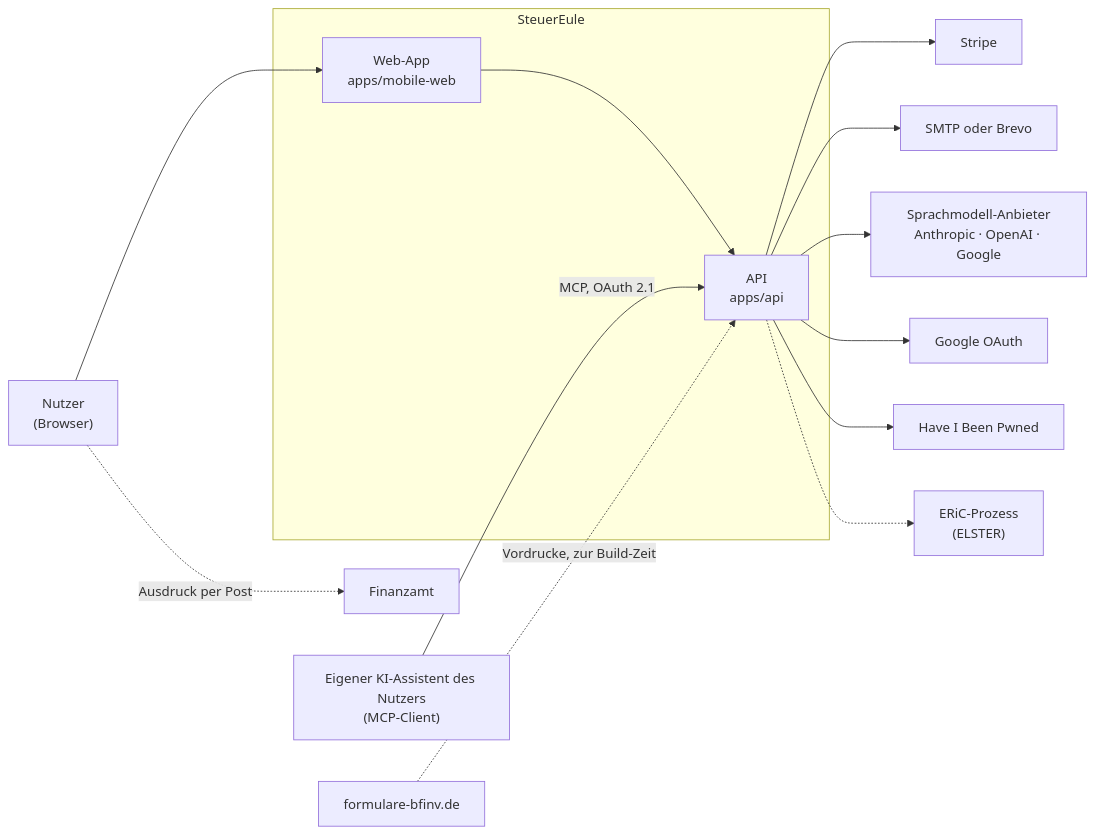
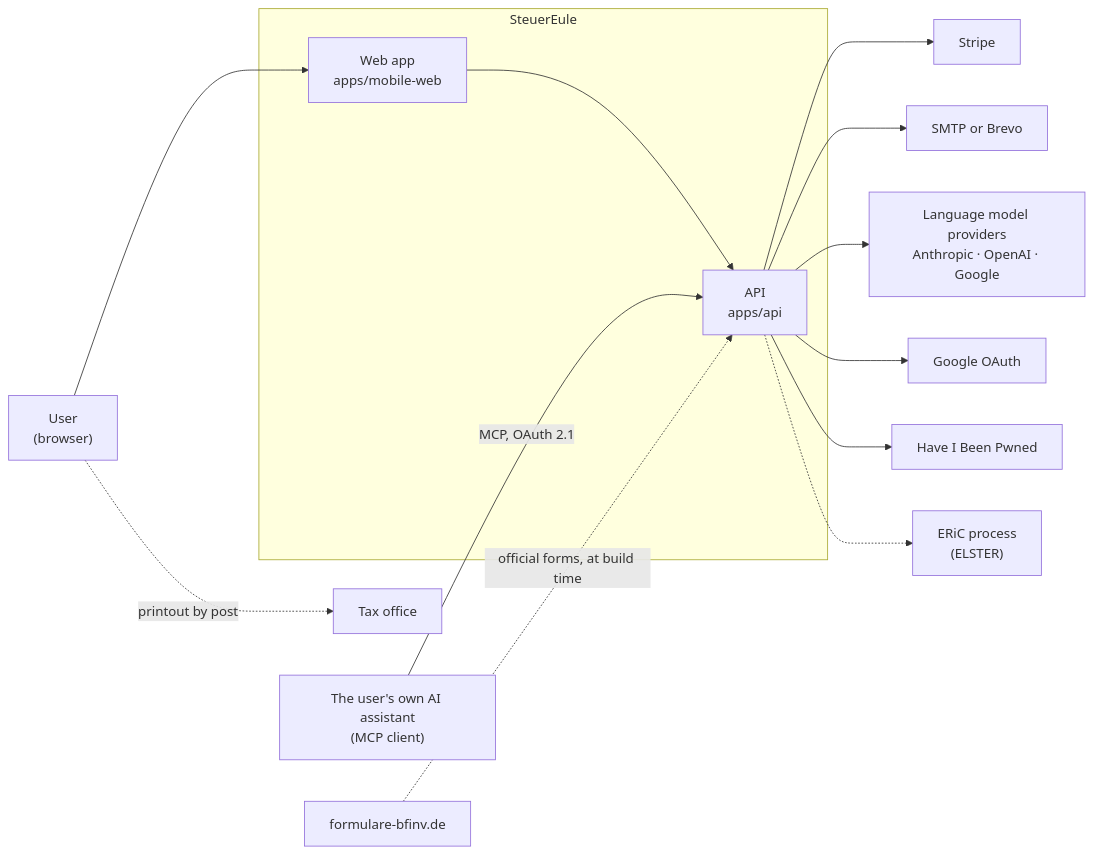
The first of 6 diagrams in docs/architecture.md (NexusHero/Steuereule), drawn with Mermaid before and after one commit. The commit also changed other lines of this file and 6 other files, not shown here.

First line of the commit message:
docs: the architecture documentation is in English

````diff
--- a/docs/architecture.md
+++ b/docs/architecture.md
@@ -89,30 +91,30 @@
 ```mermaid
 flowchart LR
-  User["Nutzer\n(Browser)"]
-  Assistant["Eigener KI-Assistent des Nutzers\n(MCP-Client)"]
+  User["User\n(browser)"]
+  Assistant["The user's own AI assistant\n(MCP client)"]
 
   subgraph System ["SteuerEule"]
-    Web["Web-App\napps/mobile-web"]
+    Web["Web app\napps/mobile-web"]
     Api["API\napps/api"]
   end
 
   Stripe["Stripe"]
-  Mail["SMTP oder Brevo"]
-  LLM["Sprachmodell-Anbieter\nAnthropic · OpenAI · Google"]
+  Mail["SMTP or Brevo"]
+  LLM["Language model providers\nAnthropic · OpenAI · Google"]
   Google["Google OAuth"]
   HIBP["Have I Been Pwned"]
   Bfinv["formulare-bfinv.de"]
-  Eric["ERiC-Prozess\n(ELSTER)"]
-  Finanzamt["Finanzamt"]
+  Eric["ERiC process\n(ELSTER)"]
+  TaxOffice["Tax office"]
 
   User --> Web --> Api
   Assistant -->|"MCP, OAuth 2.1"| Api
   Api --> Stripe
   Api --> Mail
   Api --> LLM
   Api --> Google
   Api --> HIBP
   Api -.-> Eric
-  Bfinv -.->|"Vordrucke, zur Build-Zeit"| Api
-  User -.->|"Ausdruck per Post"| Finanzamt
+  Bfinv -.->|"official forms, at build time"| Api
+  User -.->|"printout by post"| TaxOffice
 ```
````
